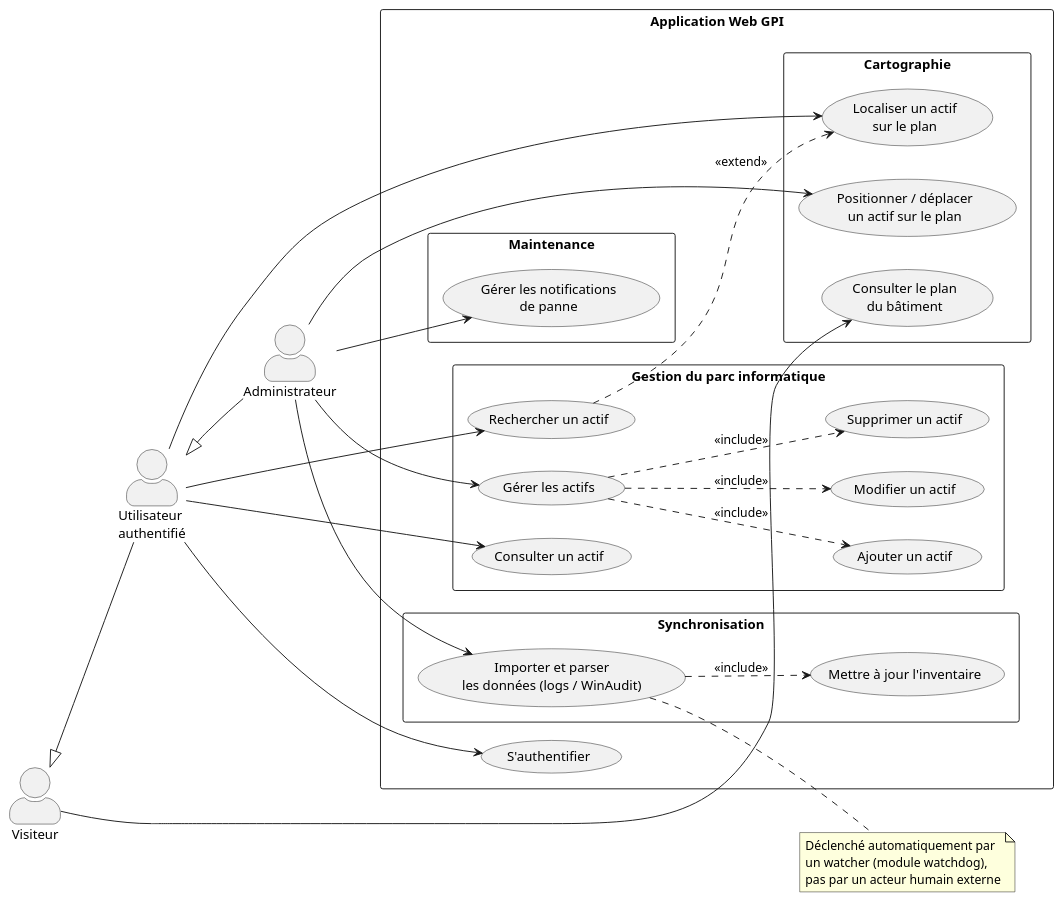
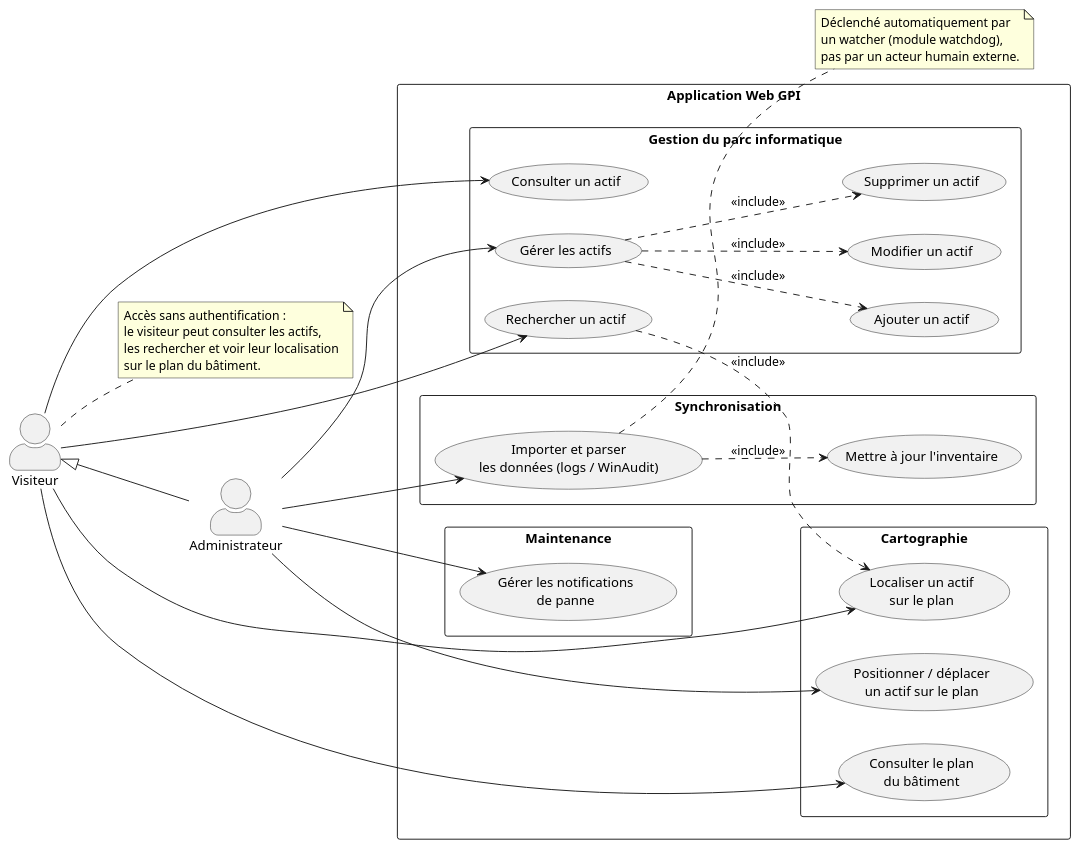
One commit to ratsimandresyy/GPI_Artec changed the diagram in Plans_de_conception_du_GPI/User_case/user_case_proto_1.puml. Above: the diagram before and after it, drawn with PlantUML. The commit also changed other lines of this file and 17 other files, not shown here.

```diff
--- a/Plans_de_conception_du_GPI/User_case/user_case_proto_1.puml
+++ b/Plans_de_conception_du_GPI/User_case/user_case_proto_1.puml
@@ -1,81 +2,80 @@
 @startuml GPI_UseCase
 
 left to right direction
 skinparam packageStyle rectangle
 skinparam actorStyle awesome
 
 actor "Visiteur" as Visitor
-actor "Utilisateur\nauthentifié" as User
 actor "Administrateur" as Admin
 
-Visitor <|-- User
-User <|-- Admin
+Visitor <|-- Admin
 
 rectangle "Application Web GPI" {
-
-    usecase "S'authentifier" as Login
 
     package "Gestion du parc informatique" {
 
         usecase "Consulter un actif" as View
         usecase "Rechercher un actif" as Search
         usecase "Gérer les actifs" as ManageAssets
         usecase "Ajouter un actif" as Add
         usecase "Modifier un actif" as Update
         usecase "Supprimer un actif" as Delete
 
     }
 
     package "Cartographie" {
 
         usecase "Consulter le plan\ndu bâtiment" as Map
         usecase "Localiser un actif\nsur le plan" as Locate
         usecase "Positionner / déplacer\nun actif sur le plan" as Position
 
     }
 
     package "Maintenance" {
 
         usecase "Gérer les notifications\nde panne" as Notify
 
     }
 
     package "Synchronisation" {
 
         usecase "Importer et parser\nles données (logs / WinAudit)" as Import
         usecase "Mettre à jour l'inventaire" as SyncDB
 
     }
-
 }
 
-' -- Accès Visiteur (anonyme, lecture seule sur le plan) --
+' -- Accès Visiteur (anonyme) --
+Visitor --> View
+Visitor --> Search
 Visitor --> Map
+Visitor --> Locate
 
-' -- Accès Utilisateur authentifié (hérite de Visitor + consultation) --
-User --> Login
-User --> View
-User --> Search
-User --> Locate
-
-' -- Accès Administrateur (hérite de User + gestion complète) --
+' -- Accès Administrateur --
 Admin --> ManageAssets
 Admin --> Position
 Admin --> Notify
 Admin --> Import
 
 ' -- Relations d'inclusion --
 ManageAssets ..> Add : <<include>>
 ManageAssets ..> Update : <<include>>
 ManageAssets ..> Delete : <<include>>
 
-Search ..> Locate : <<extend>>
+Search ..> Locate : <<include>>
 Import ..> SyncDB : <<include>>
 
+note right of Visitor
+Accès sans authentification :
+le visiteur peut consulter les actifs,
+les rechercher et voir leur localisation
+sur le plan du bâtiment.
+end note
+
 note right of Import
-  Déclenché automatiquement par
-  un watcher (module watchdog),
-  pas par un acteur humain externe
+Déclenché automatiquement par
+un watcher (module watchdog),
+pas par un acteur humain externe.
 end note
 
 @enduml
```
